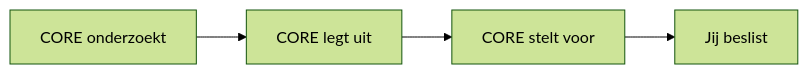
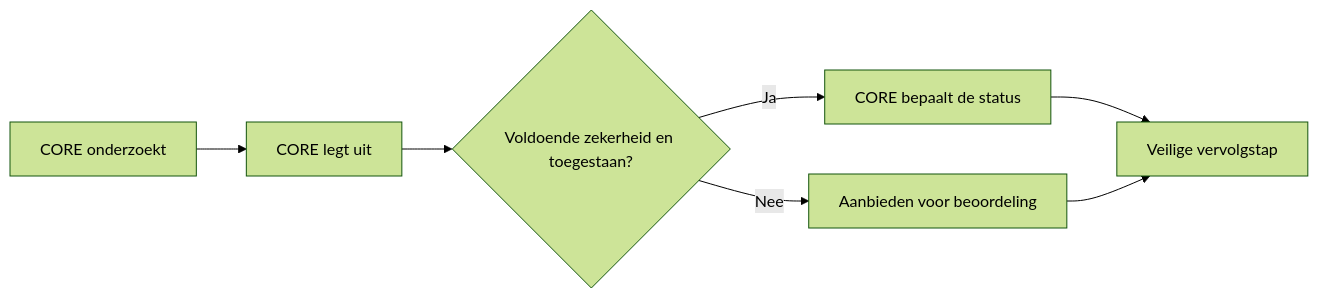
The ninth of 9 diagrams in docs/wiki/core-in-gewone-taal.md (hugcoding/core-platform), drawn with Mermaid (forest theme) before and after one commit. The commit also changed other lines of this file, not shown here.

Commit message:
Expand plain-language CORE lifecycle flow

````diff
--- a/docs/wiki/core-in-gewone-taal.md
+++ b/docs/wiki/core-in-gewone-taal.md
@@ -144,6 +207,9 @@
 ```mermaid
 flowchart LR
     A["CORE onderzoekt"] --> B["CORE legt uit"]
-    B --> C["CORE stelt voor"]
-    C --> D["Jij beslist"]
+    B --> C{"Voldoende zekerheid en toegestaan?"}
+    C -->|Ja| D["CORE bepaalt de status"]
+    C -->|Nee| E["Aanbieden voor beoordeling"]
+    D --> F["Veilige vervolgstap"]
+    E --> F
 ```
````
